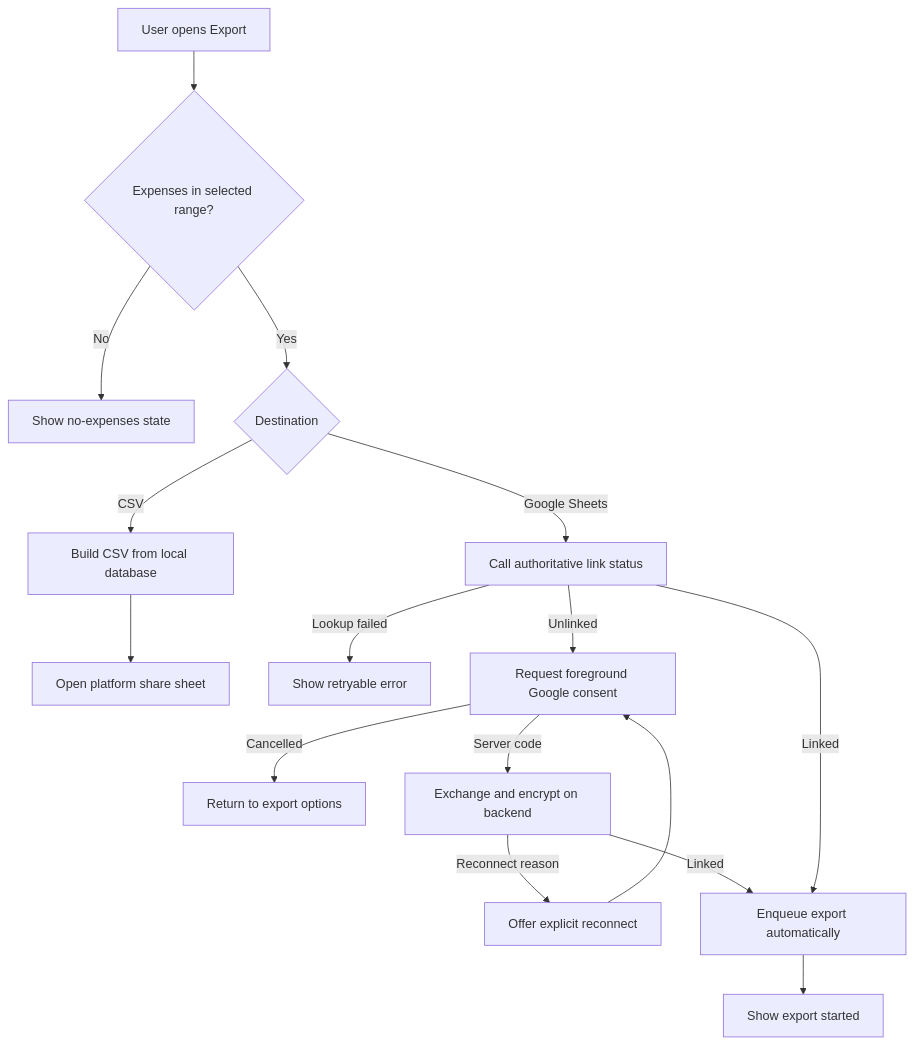
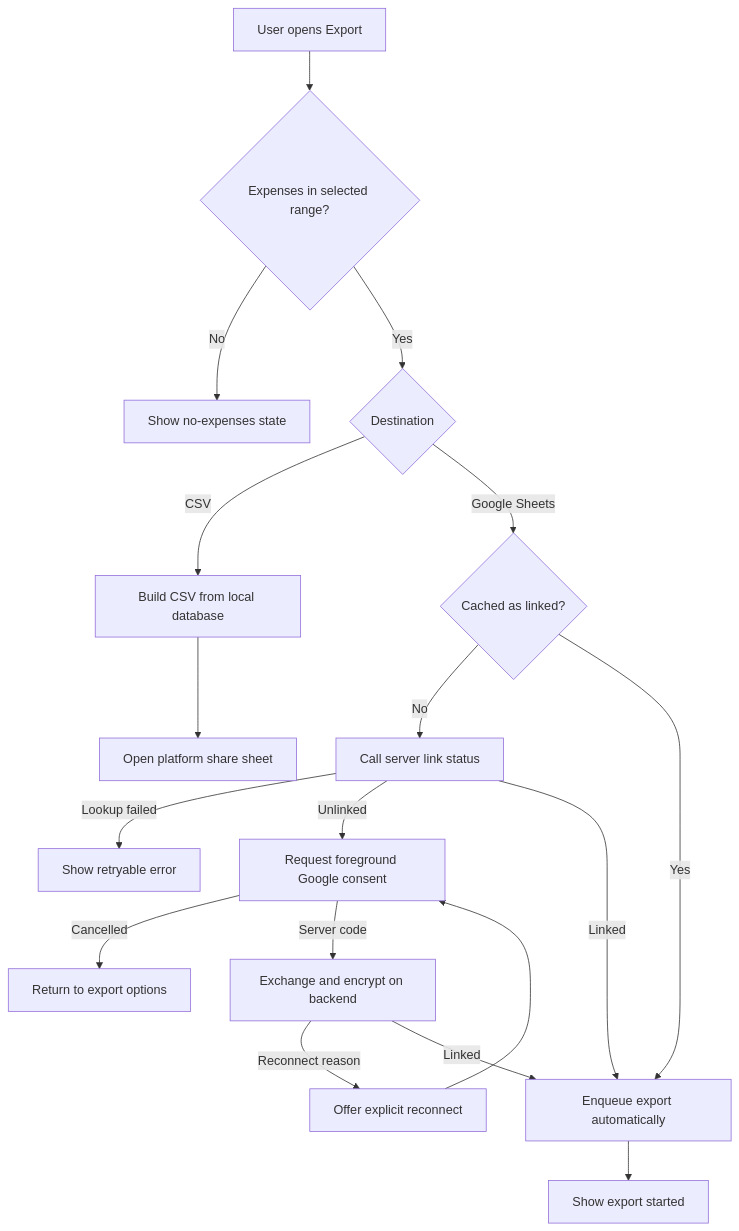
One commit to dzmitreydanilov/PlzStop changed the fourth of 8 diagrams in docs/features/export.md. Above: the diagram before and after it, drawn with Mermaid. The commit also changed other lines of this file and 14 other files, not shown here.

Commit message:
feat: update export flow

````diff
--- a/docs/features/export.md
+++ b/docs/features/export.md
@@ -197,20 +203,22 @@
 ```mermaid
 flowchart TD
     Start[User opens Export] --> Expenses{Expenses in selected range?}
     Expenses -->|No| Empty[Show no-expenses state]
     Expenses -->|Yes| Destination{Destination}
 
     Destination -->|CSV| BuildCsv[Build CSV from local database]
     BuildCsv --> Share[Open platform share sheet]
 
-    Destination -->|Google Sheets| LinkCheck[Call authoritative link status]
+    Destination -->|Google Sheets| LocalLink{Cached as linked?}
+    LocalLink -->|No| LinkCheck[Call server link status]
+    LocalLink -->|Yes| Enqueue
     LinkCheck -->|Lookup failed| Error[Show retryable error]
     LinkCheck -->|Unlinked| Consent[Request foreground Google consent]
     Consent -->|Cancelled| Ready[Return to export options]
     Consent -->|Server code| Exchange[Exchange and encrypt on backend]
     Exchange -->|Reconnect reason| ForceConsent[Offer explicit reconnect]
     ForceConsent --> Consent
     Exchange -->|Linked| Enqueue[Enqueue export automatically]
     LinkCheck -->|Linked| Enqueue
     Enqueue --> Started[Show export started]
 ```
````
